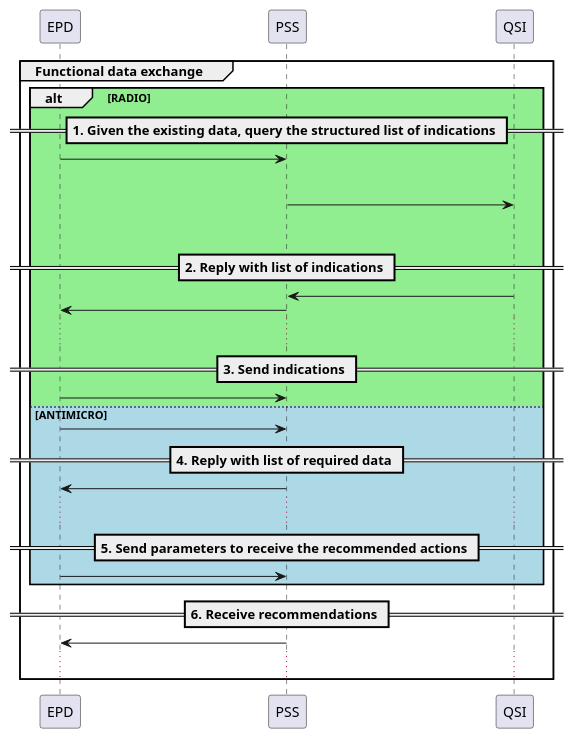
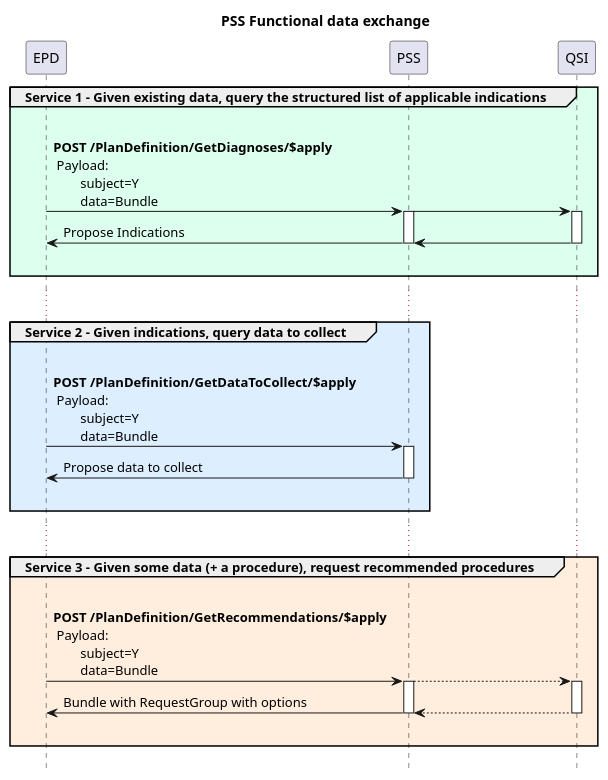
The diagram in input/images-source/pss-flow.plantuml (hl7-be/pss), drawn with PlantUML before and after one commit. The commit also changed 33 other files, not shown here.

```diff
--- a/input/images-source/pss-flow.plantuml
+++ b/input/images-source/pss-flow.plantuml
@@ -1,36 +1,46 @@
 @startuml
-group Functional data exchange
-    alt #LightGreen RADIO
-        == 1. Given the existing data, query the structured list of indications ==
-        EPD -> PSS : 
-        EPD -[hidden]-> PSS : "                                                         "
-        PSS -> QSI 
-        PSS -[hidden]-> QSI : "                                                         "
-'        EPD -> PSS : **GET /PlanDefinition/radiology/$requiredData**?age={}&gender={}&indication={}
+!pragma teoz true
+Title PSS Functional data exchange
+hide footbox
+
+group #DFE Service 1 - Given existing data, query the structured list of applicable indications
+        EPD -> PSS : \n**POST /PlanDefinition/GetDiagnoses/$apply**\n Payload:\n        subject=Y\n        data=Bundle
+        & PSS -> QSI 
+        & PSS -[hidden]-> QSI : "                                      "
         'PSS -> QSI : GET /indictions
-        == 2. Reply with list of indications ==
+
+        activate PSS
+        activate QSI
         QSI -> PSS 
-        PSS -> EPD 
-'        QSI -> PSS : Reply with indications
-'        PSS -> EPD : Reply with **CarePlan** + **Questionnaire** (Listing of **Coding** in "item[0].answerOption[].valueCoding")
+        & PSS -> EPD: Propose Indications
+        deactivate PSS
+        deactivate QSI
+        |||
+end
 ...
-        == 3. Send indications ==
-        EPD -> PSS 
-'        EPD -> PSS : **POST /PlanDefinition/radiology/$apply** (+ **QuestionnaireResponse** in payload)
-    else #LightBlue ANTIMICRO
-        EPD -> PSS
-'        EPD -> PSS : **GET /PlanDefinition/antimicrobien/$requiredData**?indication={indication} => **Operation**
-        == 4. Reply with list of required data ==
-        PSS -> EPD
+group #def Service 2 - Given indications, query data to collect
+
+        EPD -> PSS : \n**POST /PlanDefinition/GetDataToCollect/$apply**\n Payload:\n        subject=Y\n        data=Bundle
+
+        Activate PSS
+
+        PSS -> EPD: Propose data to collect
+        deactivate PSS
+        |||
+end
 ...
-'        PSS -> EPD :  Reply with **CarePlan** + **Questionnaire**
-        == 5. Send parameters to receive the recommended actions ==
-        EPD -> PSS
-'        EPD -> PSS : **POST /PlanDefinition/antimicrobien/$apply** (+ **QuestionnaireResponse** in payload) => **Operation**
-    end
-    == 6. Receive recommendations ==
-    PSS -> EPD
-'    PSS -> EPD : Reply with **GuidanceResponse**
-...
+group #fed Service 3 - Given some data (+ a procedure), request recommended procedures
+        EPD -> PSS : \n**POST /PlanDefinition/GetRecommendations/$apply**\n Payload:\n        subject=Y\n        data=Bundle
+        & PSS --> QSI 
+        & PSS -[hidden]-> QSI : "                                      "
+
+        activate PSS
+        activate QSI
+        QSI --> PSS 
+        & PSS -> EPD: Bundle with RequestGroup with options
+        deactivate PSS
+        deactivate QSI
+        |||
+
 end
 @enduml
```
